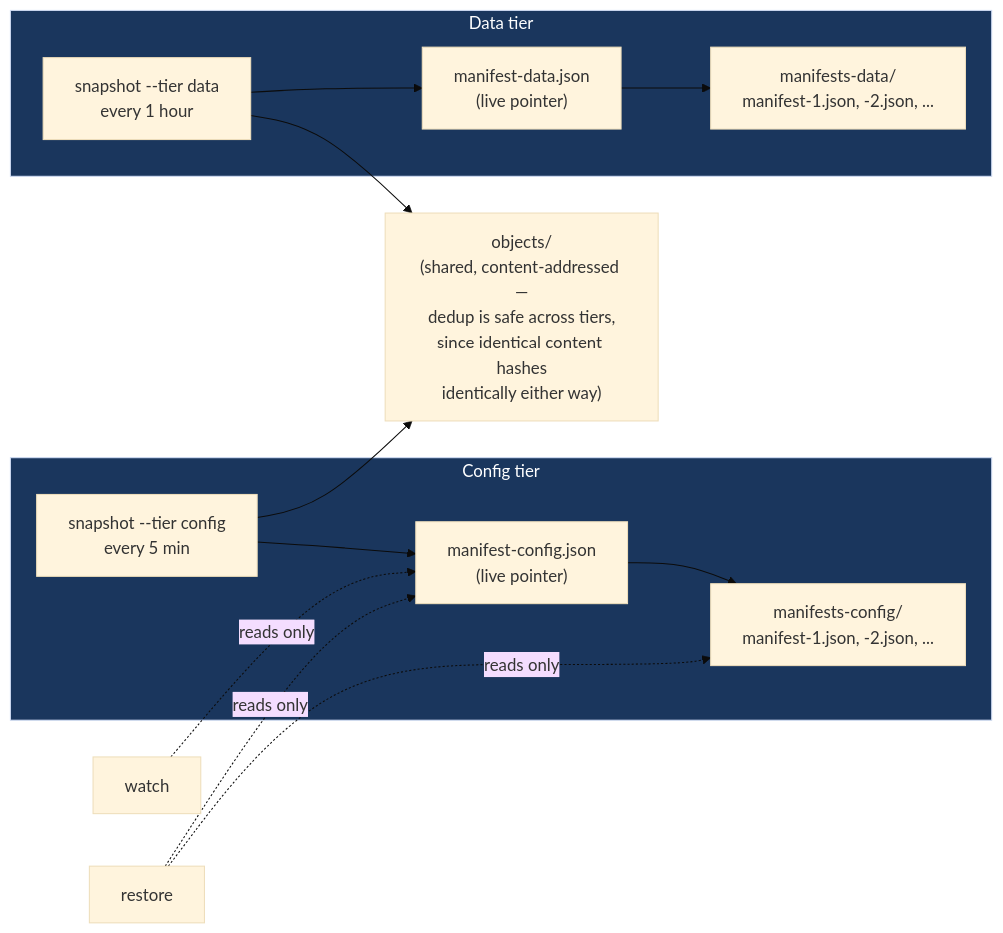
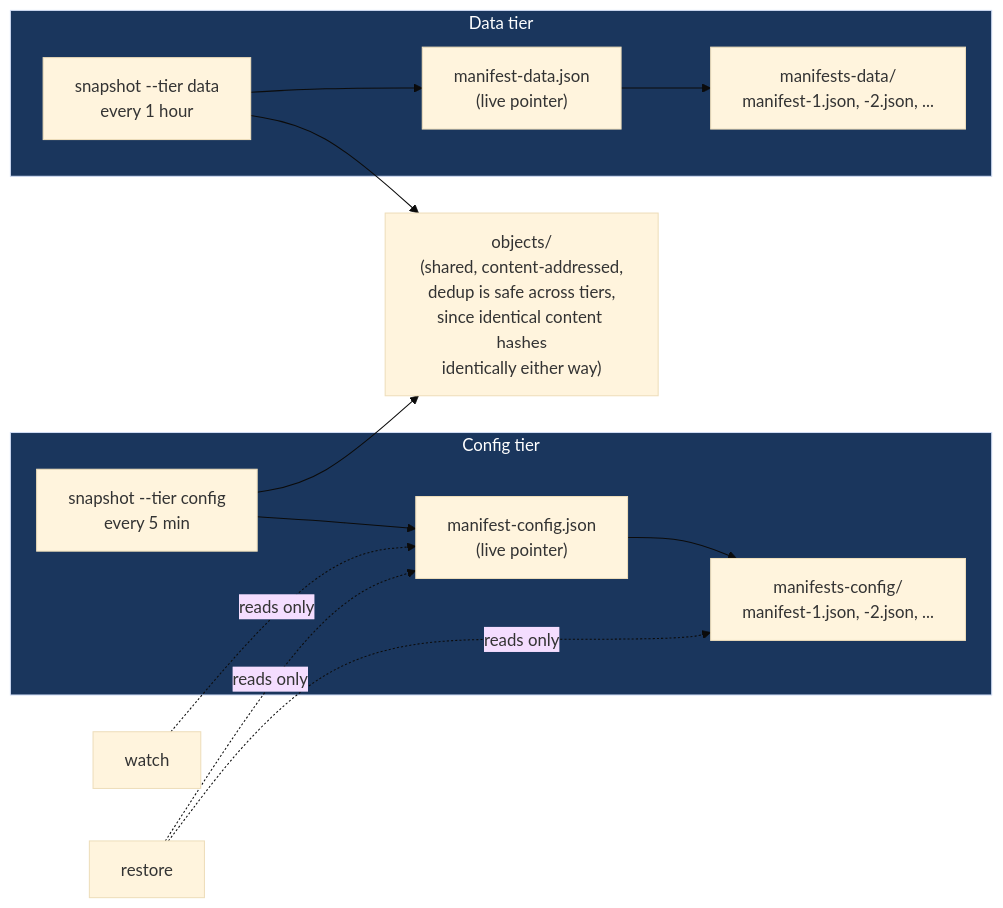
One commit to cofcsecurity/warden changed the fifth of 7 diagrams in docs/ARCHITECTURE.md. Above: the diagram before and after it, drawn with Mermaid (base theme). The commit also changed other lines of this file and 32 other files, not shown here.

````diff
--- a/docs/ARCHITECTURE.md
+++ b/docs/ARCHITECTURE.md
@@ -178,20 +178,20 @@
 ```mermaid
 flowchart LR
     subgraph ConfigTier["Config tier"]
         CS["snapshot --tier config\nevery 5 min"] --> CM["manifest-config.json\n(live pointer)"]
         CM --> CA["manifests-config/\nmanifest-1.json, -2.json, ..."]
     end
     subgraph DataTier["Data tier"]
         DS["snapshot --tier data\nevery 1 hour"] --> DM["manifest-data.json\n(live pointer)"]
         DM --> DA["manifests-data/\nmanifest-1.json, -2.json, ..."]
     end
-    CS --> OBJ["objects/\n(shared, content-addressed —\ndedup is safe across tiers,\nsince identical content hashes\nidentically either way)"]
+    CS --> OBJ["objects/\n(shared, content-addressed,\ndedup is safe across tiers,\nsince identical content hashes\nidentically either way)"]
     DS --> OBJ
 
     W["watch"] -. "reads only" .-> CM
     RS["restore"] -. "reads only" .-> CM
     RS -. "reads only" .-> CA
 
     style ConfigTier fill:#1a365d,color:#fff
     style DataTier fill:#1a365d,color:#fff
 ```
````
